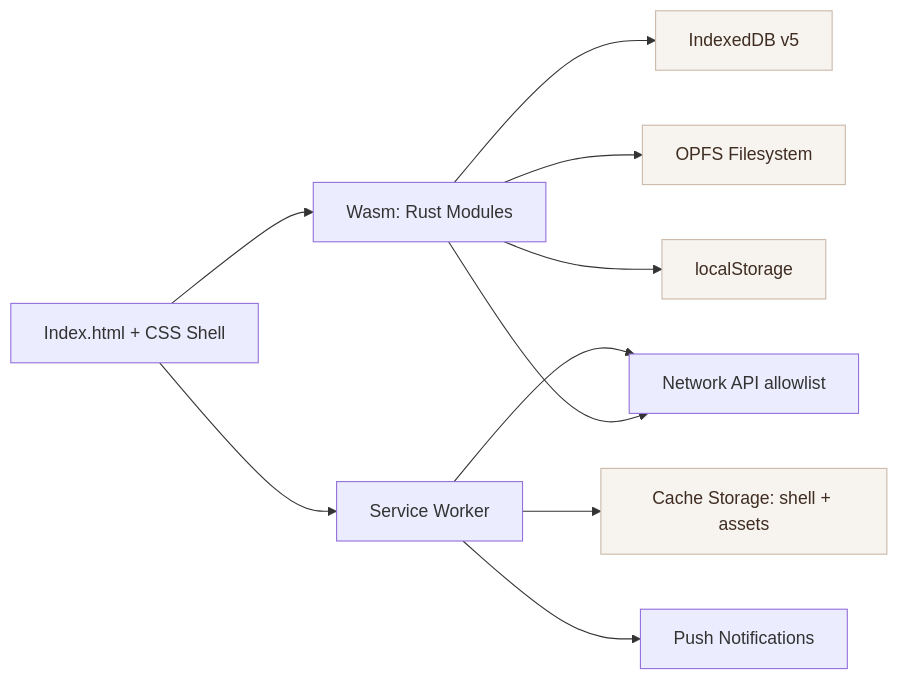
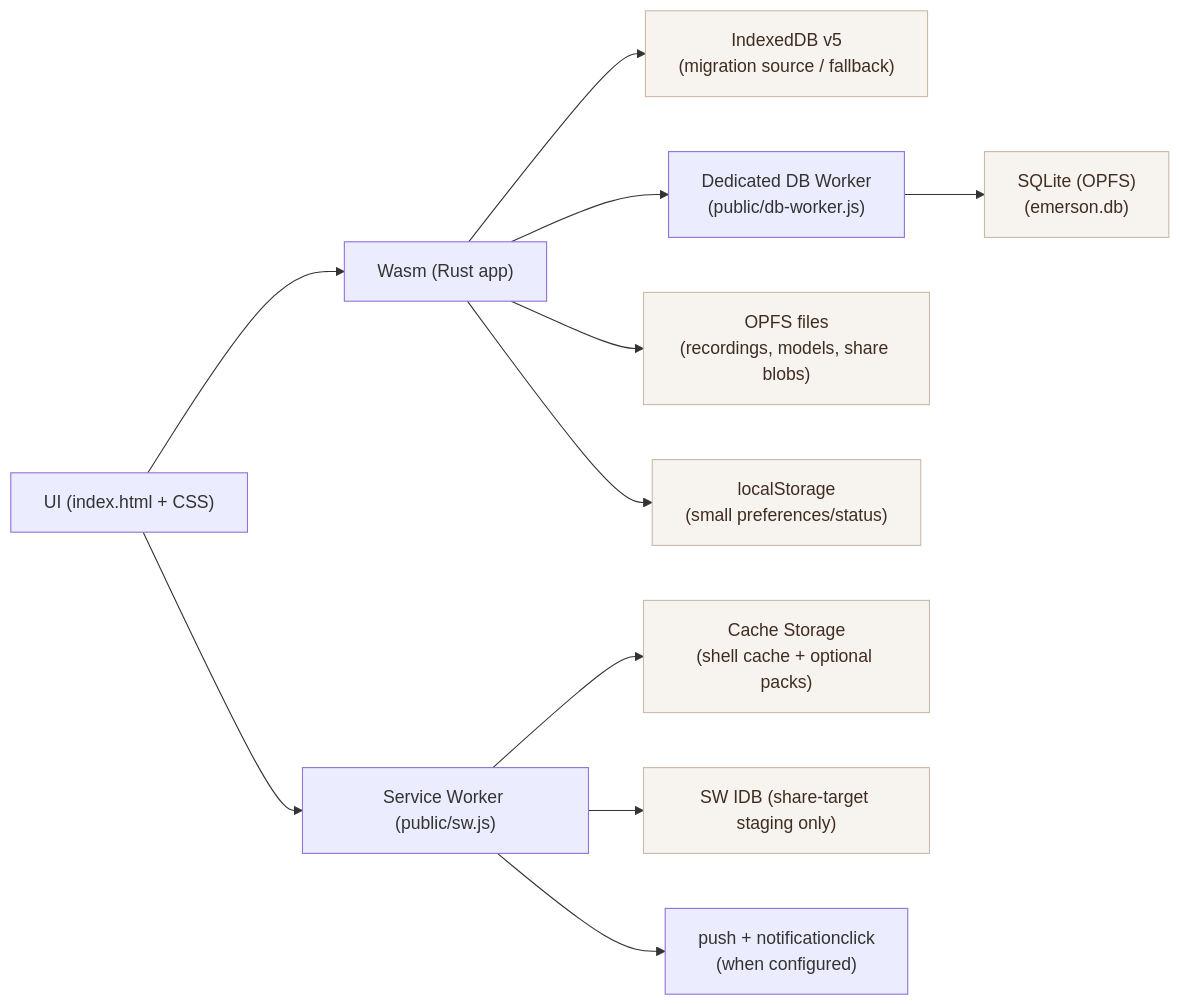
Before and after one commit to LDMB123/emerson-violin-pwa: the diagram in docs/AUDIT_OFFLINE_PWA_IPADOS_SAFARI.md, drawn with Mermaid. The commit also changed other lines of this file and 11 other files, not shown here.

Commit message:
pwa: push reminders, share staging stats, update docs

````diff
--- a/docs/AUDIT_OFFLINE_PWA_IPADOS_SAFARI.md
+++ b/docs/AUDIT_OFFLINE_PWA_IPADOS_SAFARI.md
@@ -25,19 +29,19 @@
 ```mermaid
 flowchart LR
-  A[Index.html + CSS Shell] --> B[Wasm: Rust Modules]
-  B --> C[IndexedDB v5]
-  B --> D[OPFS Filesystem]
-  B --> E[localStorage]
-  A --> F[Service Worker]
-  F --> G[Cache Storage: shell + assets]
-  F --> H[Network API allowlist]
-  B --> H
-  F --> I[Push Notifications]
+  UI["UI (index.html + CSS)"] --> WASM["Wasm (Rust app)"]
+  UI --> SW["Service Worker (public/sw.js)"]
 
-  C:::store
-  D:::store
-  E:::store
-  G:::store
+  SW --> Caches["Cache Storage\n(shell cache + optional packs)"]
+  SW --> SWIDB["SW IDB (share-target staging only)"]
+
+  WASM --> IDB["IndexedDB v5\n(migration source / fallback)"]
+  WASM --> DBW["Dedicated DB Worker\n(public/db-worker.js)"]
+  DBW --> SQLite["SQLite (OPFS)\n(emerson.db)"]
+  WASM --> OPFS["OPFS files\n(recordings, models, share blobs)"]
+  WASM --> LS["localStorage\n(small preferences/status)"]
+
+  SW --> Push["push + notificationclick\n(when configured)"]
 
   classDef store fill:#f7f3ef,stroke:#cbb9a8,color:#3f2d22;
+  class Caches,SWIDB,IDB,SQLite,OPFS,LS store;
 ```
````
